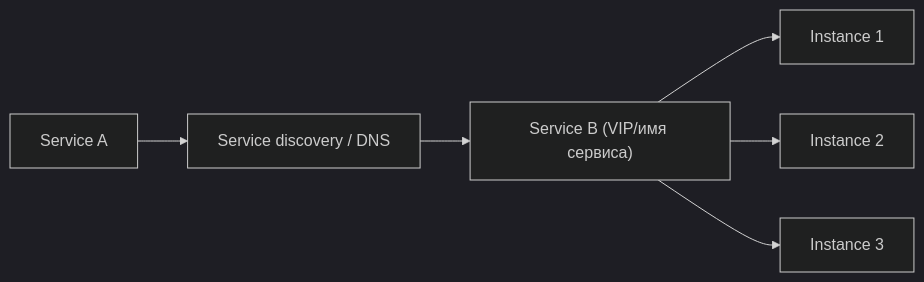
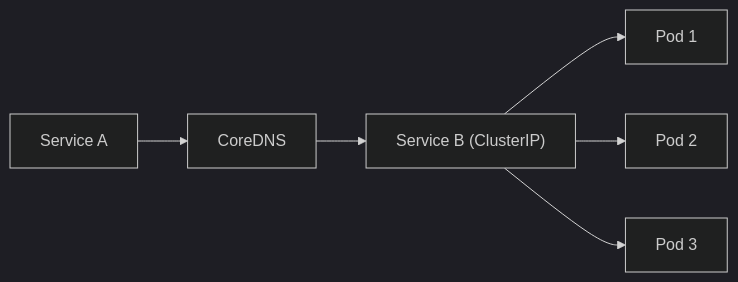
One commit to kolenkoal/Designing-High-Load-Systems changed the third of 3 diagrams in README.md. Above: the diagram before and after it, drawn with Mermaid (dark theme). The commit also changed other lines of this file, not shown here.

````diff
--- a/README.md
+++ b/README.md
@@ -354,8 +362,8 @@
 ```mermaid
 flowchart LR
-A[Service A] --> SD[Service discovery / DNS]
-SD --> B["Service B (VIP/имя сервиса)"]
-B --> B1["Instance 1"]
-B --> B2["Instance 2"]
-B --> B3["Instance 3"]
+A[Service A] --> DNSK[CoreDNS]
+DNSK --> VIP["Service B (ClusterIP)"]
+VIP --> B1["Pod 1"]
+VIP --> B2["Pod 2"]
+VIP --> B3["Pod 3"]
 ```
````
